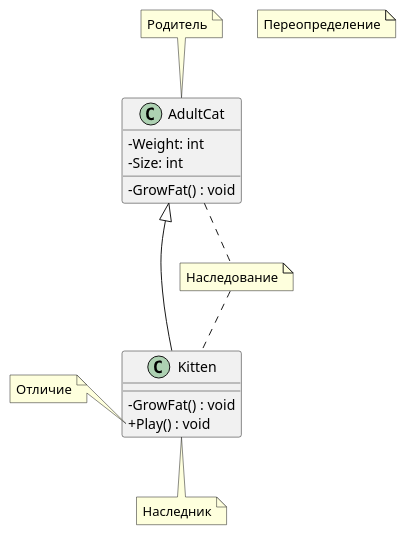
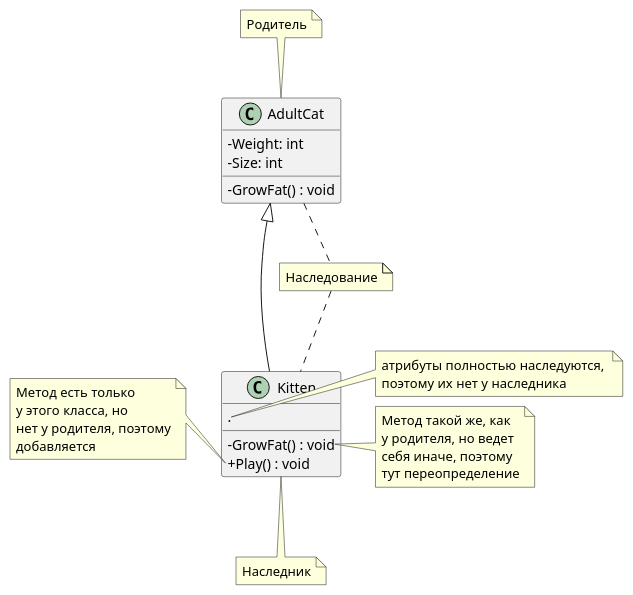
One commit to PopkovAYu/Notes changed the eighth of 8 diagrams in Notes/Notes/Системная аналитика/Курсы от нетологии/Раздел 3. Анализ требований/6. UML. Диаграмма классов.md. Above: the diagram before and after it, drawn with PlantUML. The commit also changed other lines of this file and 1 other file, not shown here.

Commit message:
vault backup: 2024-04-23 12:19:03
Affected files:
.obsidian/workspace.json
Notes/Notes/Системная аналитика/Курсы от нетологии/Раздел 3. Анализ требований/6. UML. Диаграмма классов.md

````diff
--- a/Notes/Notes/Системная аналитика/Курсы от нетологии/Раздел 3. Анализ требований/6. UML. Диаграмма классов.md
+++ b/Notes/Notes/Системная аналитика/Курсы от нетологии/Раздел 3. Анализ требований/6. UML. Диаграмма классов.md
@@ -172,29 +172,48 @@
 ```plantuml
 @startuml
 skinparam classAttributeIconSize 0
 class AdultCat {
 	-Weight: int
 	-Size: int
 	-GrowFat() : void
 }
 
 class Kitten {
+	.
 	-GrowFat() : void
 	+Play() : void
 }
 
 AdultCat <|-- Kitten
 
 note top of AdultCat : Родитель
 note bottom of Kitten: Наследник
 note "Наследование" as N1
-note "Переопределение" as N2
+
 
 AdultCat..N1
 N1..Kitten
 
 note left of Kitten::Play()
-	 Отличие
+	 Метод есть только
+	 у этого класса, но 
+	 нет у родителя, поэтому
+	 добавляется
 endnote
+
+note right of Kitten::.
+	атрибуты полностью наследуются, 
+	поэтому их нет у наследника 
+endnote
+
+note right of Kitten::GrowFat()
+	Метод такой же, как
+	у родителя, но ведет
+	себя иначе, поэтому 
+	тут переопределение
+endnote
+
+
+
 @enduml
 ```
````
